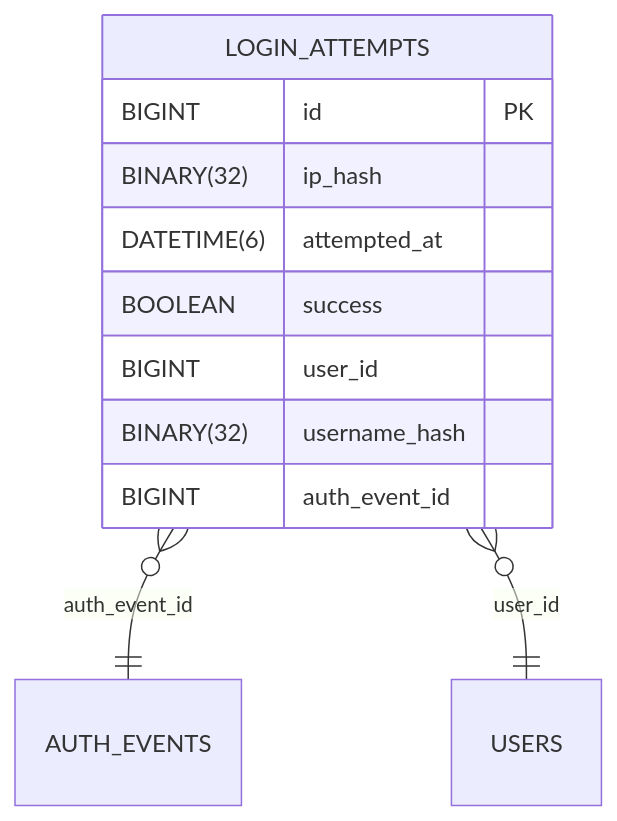
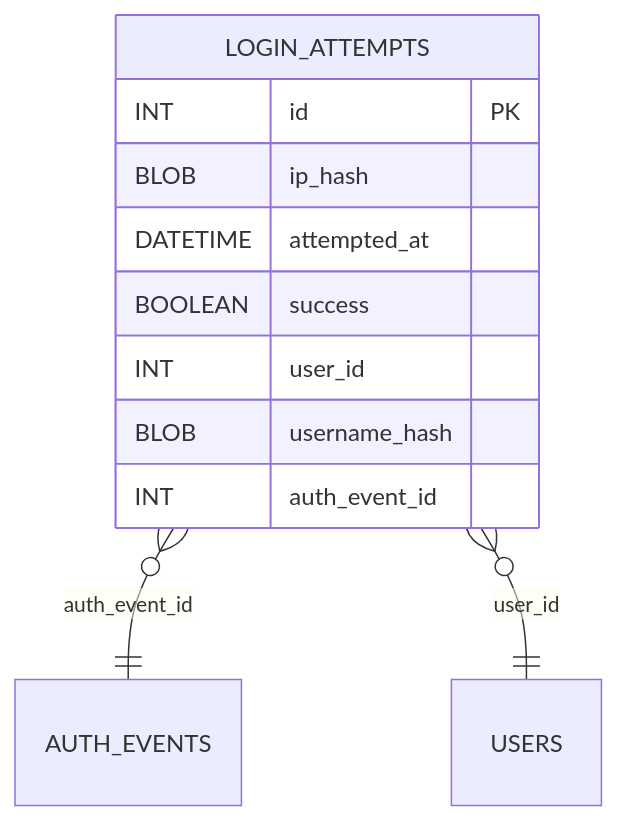
One commit to blackcatdatabase/table-login-attempts changed the diagram in README.md. Above: the diagram before and after it, drawn with Mermaid. The commit also changed other lines of this file, not shown here.

Commit message:
chore(schema): add/update generated schema + README (umbrella sync)

````diff
--- a/README.md
+++ b/README.md
@@ -52,14 +52,14 @@
 ```mermaid
 erDiagram
   LOGIN_ATTEMPTS {
-    BIGINT id PK
-    BINARY(32) ip_hash
-    DATETIME(6) attempted_at
+    INT id PK
+    BLOB ip_hash
+    DATETIME attempted_at
     BOOLEAN success
-    BIGINT user_id
-    BINARY(32) username_hash
-    BIGINT auth_event_id
+    INT user_id
+    BLOB username_hash
+    INT auth_event_id
   }
   LOGIN_ATTEMPTS }o--|| AUTH_EVENTS : "auth_event_id"
   LOGIN_ATTEMPTS }o--|| USERS : "user_id"
 ```
````
